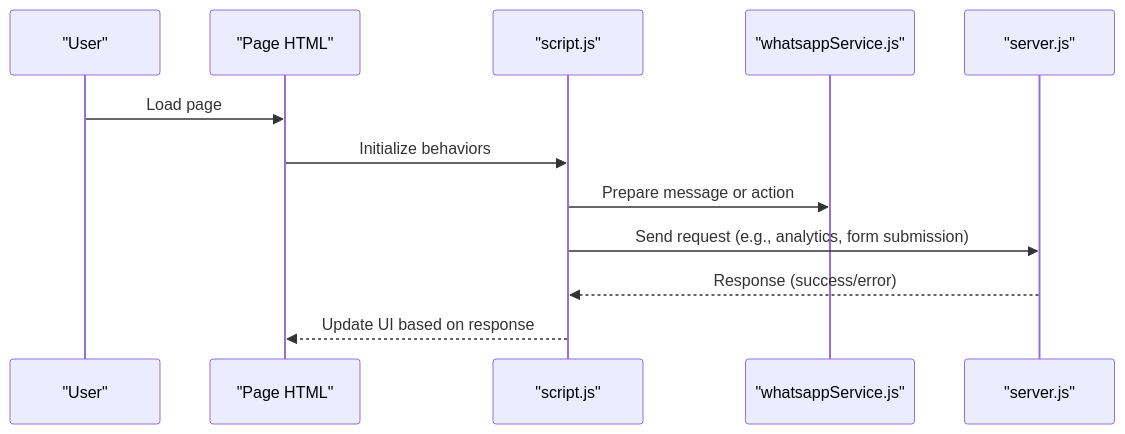
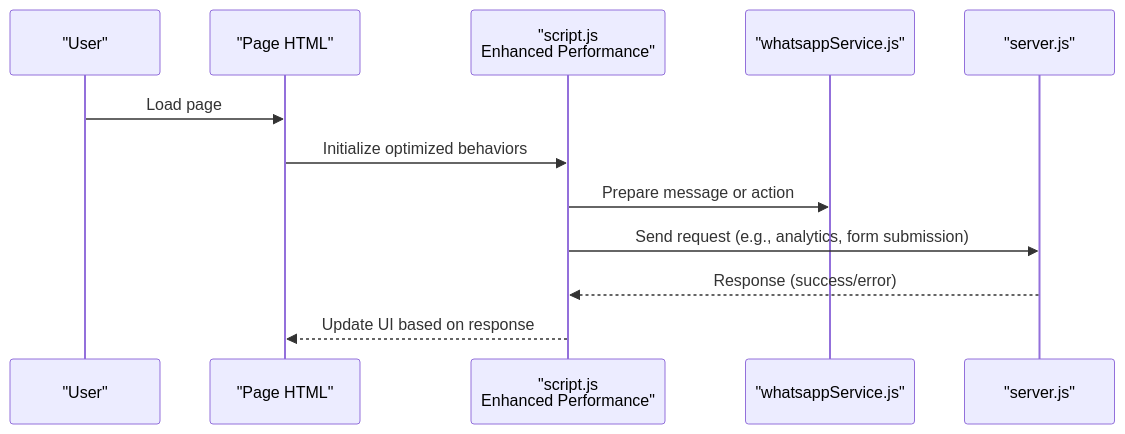
The second of 8 diagrams in .qoder/repowiki/en/content/Frontend Architecture/Frontend Architecture.md (Dunstun2/GeniusMind-Home-Schooling), drawn with Mermaid before and after one commit. The commit also changed other lines of this file and 42 other files, not shown here.

````diff
--- a/.qoder/repowiki/en/content/Frontend Architecture/Frontend Architecture.md
+++ b/.qoder/repowiki/en/content/Frontend Architecture/Frontend Architecture.md
@@ -181,14 +190,14 @@
 ```mermaid
 sequenceDiagram
 participant User as "User"
 participant Page as "Page HTML"
-participant Script as "script.js"
+participant Script as "script.js<br/>Enhanced Performance"
 participant Utils as "whatsappService.js"
 participant Server as "server.js"
 User->>Page : Load page
-Page->>Script : Initialize behaviors
+Page->>Script : Initialize optimized behaviors
 Script->>Utils : Prepare message or action
 Script->>Server : Send request (e.g., analytics, form submission)
 Server-->>Script : Response (success/error)
 Script-->>Page : Update UI based on response
 ```
````
